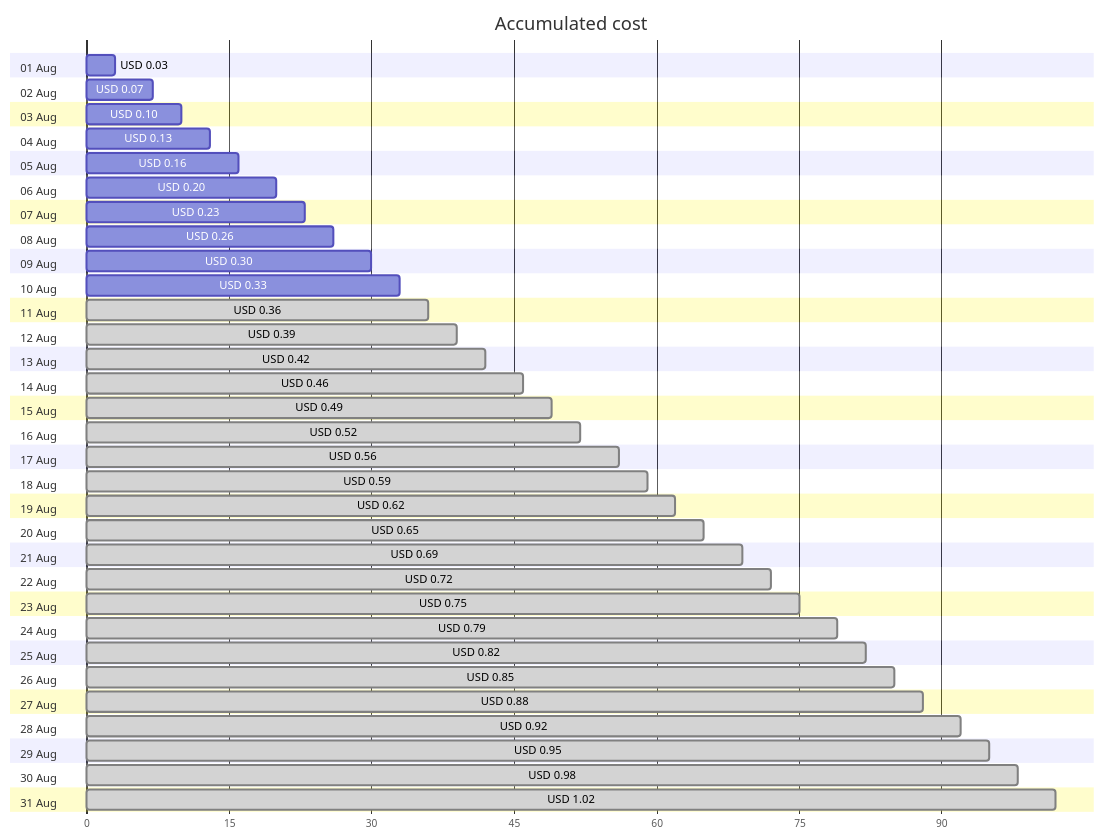
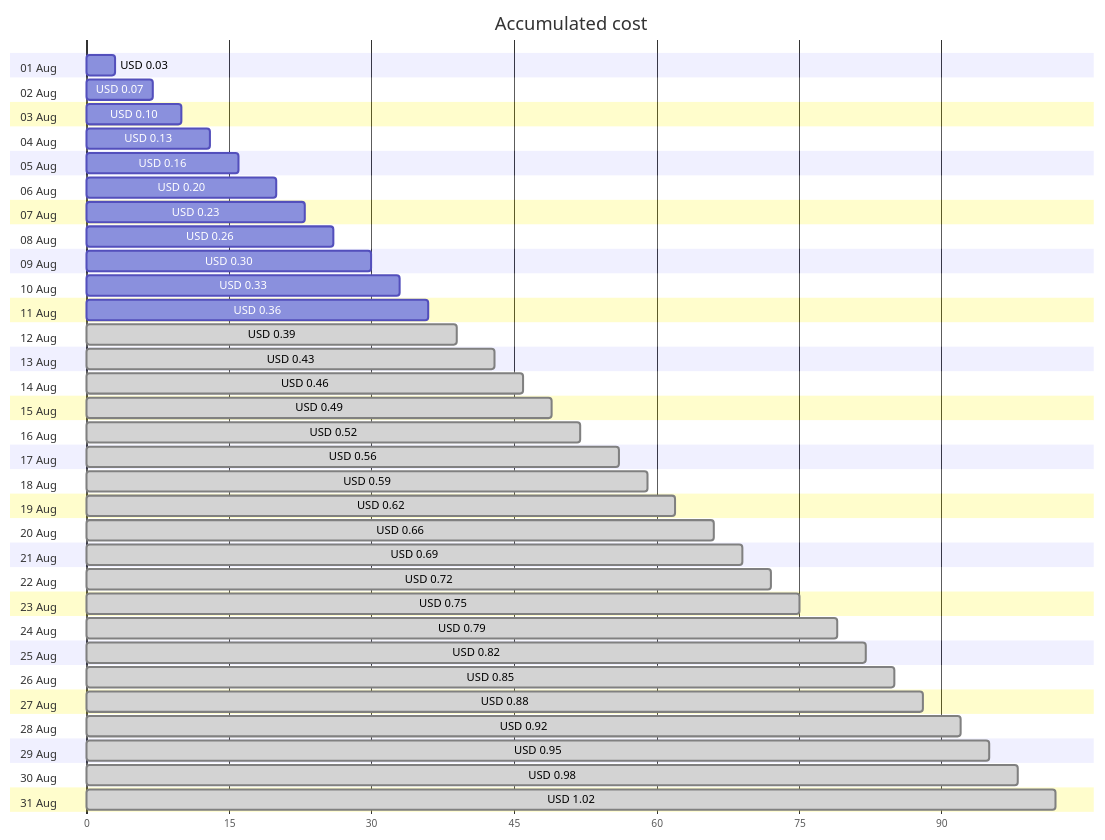
The first of 4 diagrams in cost-reports/personal-dns/README.md (jpfulton/azure-personal-reports), drawn with Mermaid before and after one commit. The commit also changed other lines of this file and 2 other files, not shown here.

````diff
--- a/cost-reports/personal-dns/README.md
+++ b/cost-reports/personal-dns/README.md
@@ -20,68 +20,68 @@
 ```mermaid
 gantt
    title Accumulated cost
    dateFormat  X
    axisFormat %s
    section 01 Aug
    USD 0.03 :0, 3
    section 02 Aug
    USD 0.07 :0, 7
    section 03 Aug
    USD 0.10 :0, 10
    section 04 Aug
    USD 0.13 :0, 13
    section 05 Aug
    USD 0.16 :0, 16
    section 06 Aug
    USD 0.20 :0, 20
    section 07 Aug
    USD 0.23 :0, 23
    section 08 Aug
    USD 0.26 :0, 26
    section 09 Aug
    USD 0.30 :0, 30
    section 10 Aug
    USD 0.33 :0, 33
    section 11 Aug
-   USD 0.36 : done, 0, 36
+   USD 0.36 :0, 36
    section 12 Aug
    USD 0.39 : done, 0, 39
    section 13 Aug
-   USD 0.42 : done, 0, 42
+   USD 0.43 : done, 0, 43
    section 14 Aug
    USD 0.46 : done, 0, 46
    section 15 Aug
    USD 0.49 : done, 0, 49
    section 16 Aug
    USD 0.52 : done, 0, 52
    section 17 Aug
    USD 0.56 : done, 0, 56
    section 18 Aug
    USD 0.59 : done, 0, 59
    section 19 Aug
    USD 0.62 : done, 0, 62
    section 20 Aug
-   USD 0.65 : done, 0, 65
+   USD 0.66 : done, 0, 66
    section 21 Aug
    USD 0.69 : done, 0, 69
    section 22 Aug
    USD 0.72 : done, 0, 72
    section 23 Aug
    USD 0.75 : done, 0, 75
    section 24 Aug
    USD 0.79 : done, 0, 79
    section 25 Aug
    USD 0.82 : done, 0, 82
    section 26 Aug
    USD 0.85 : done, 0, 85
    section 27 Aug
    USD 0.88 : done, 0, 88
    section 28 Aug
    USD 0.92 : done, 0, 92
    section 29 Aug
    USD 0.95 : done, 0, 95
    section 30 Aug
    USD 0.98 : done, 0, 98
    section 31 Aug
    USD 1.02 : done, 0, 102
 ```
````
